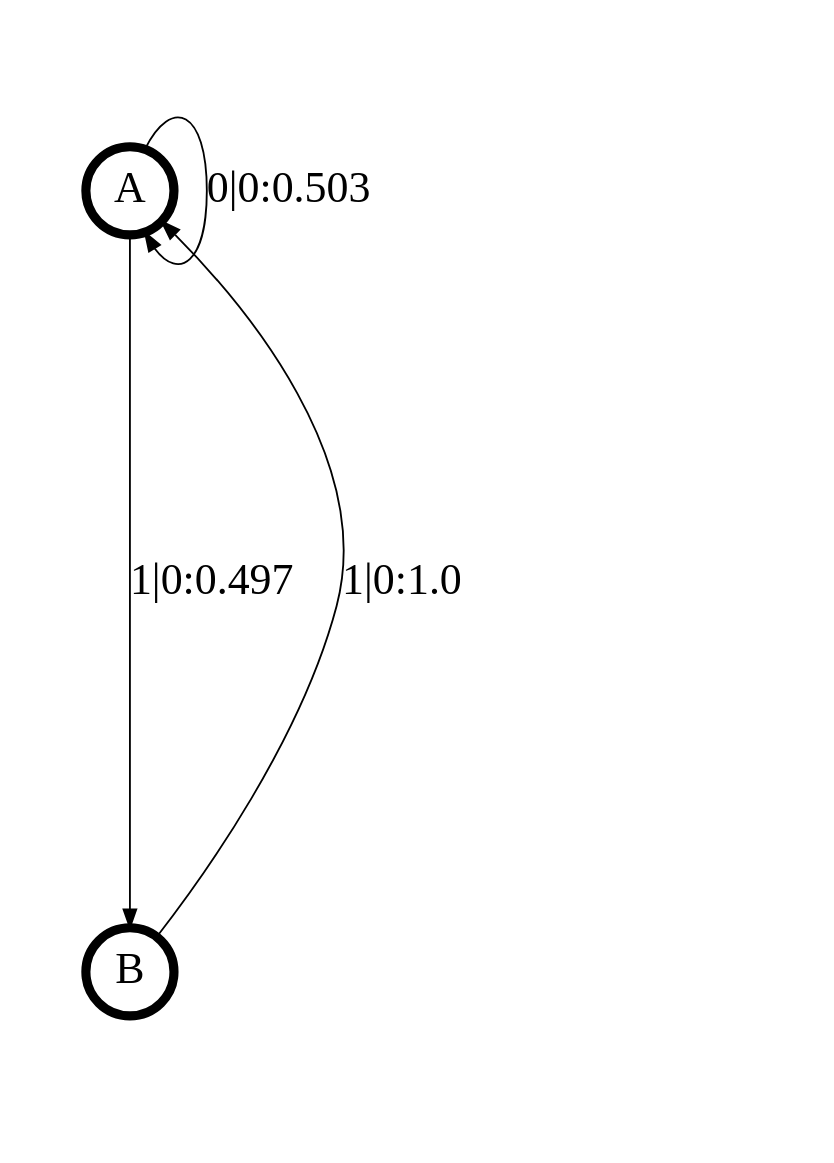
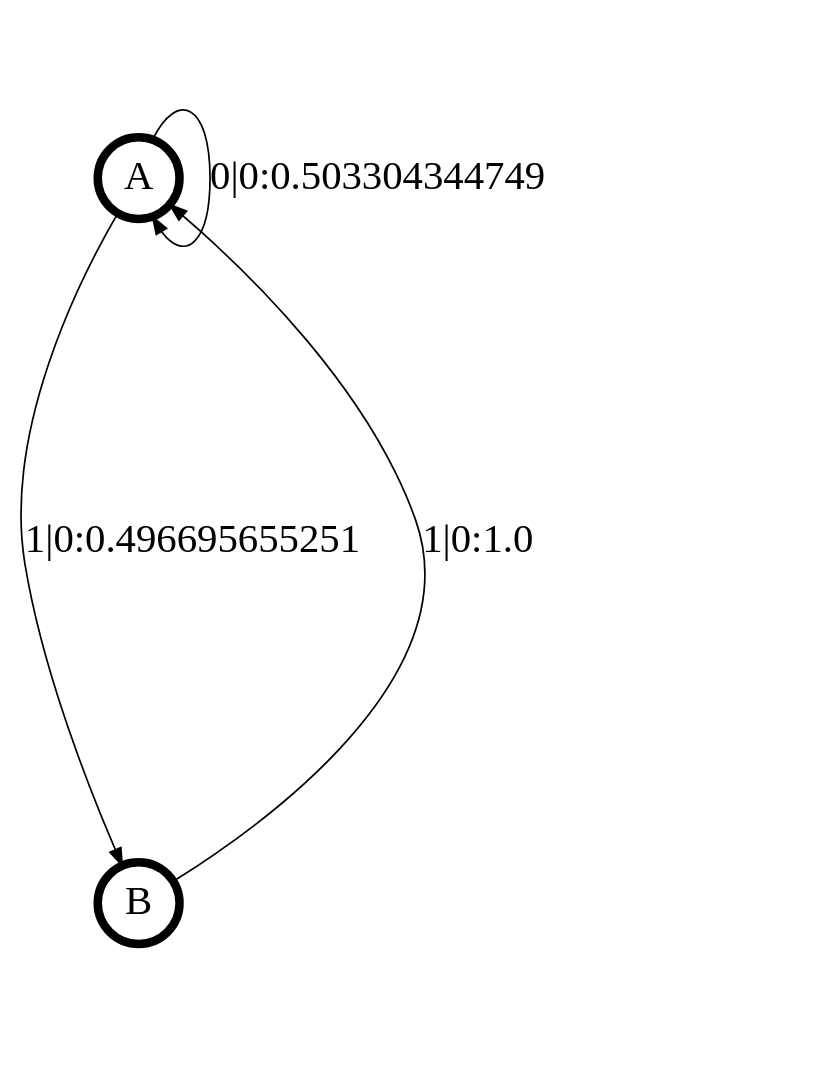
One commit to ddarmon/transCSSR changed the diagram in transCSSR_results/+even.dot. Above: the diagram before and after it, drawn with Graphviz. The commit also changed 9 other files, not shown here.

```diff
--- a/transCSSR_results/+even.dot
+++ b/transCSSR_results/+even.dot
@@ -1,15 +1,15 @@
 digraph  {
 size = "6,8.5";
 ratio = "fill";
 node
 [shape = circle];
 node [fontsize = 24];
 node [penwidth = 5];
 edge [fontsize = 24];
 node [fontname = "CMU Serif Roman"];
 graph [fontname = "CMU Serif Roman"];
 edge [fontname = "CMU Serif Roman"];
-A -> A [label = "0|0:0.503\l"];
-A -> B [label = "1|0:0.497\l"];
+A -> A [label = "0|0:0.503304344749\l"];
+A -> B [label = "1|0:0.496695655251\l"];
 B -> A [label = "1|0:1.0\l"];
 }
```
